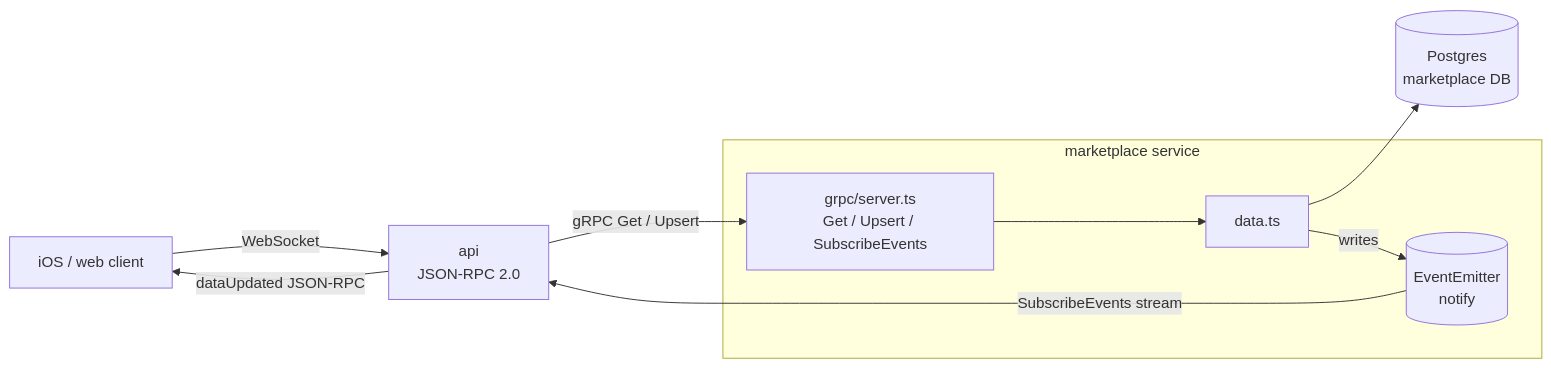
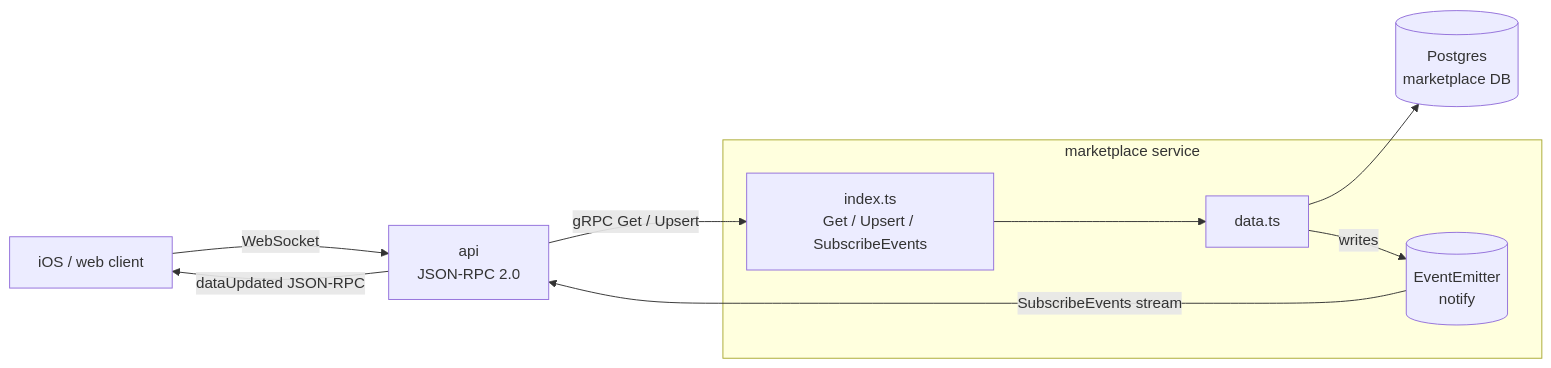
One commit to EVY-Platform/evy changed the diagram in services/marketplace/README.md. Above: the diagram before and after it, drawn with Mermaid. The commit also changed 8 other files, not shown here.

````diff
--- a/services/marketplace/README.md
+++ b/services/marketplace/README.md
@@ -7,21 +7,21 @@
 ```mermaid
 flowchart LR
     client[iOS / web client]
     api[api<br/>JSON-RPC 2.0]
 
     subgraph marketplace [marketplace service]
-        grpc[grpc/server.ts<br/>Get / Upsert / SubscribeEvents]
+        grpc[index.ts<br/>Get / Upsert / SubscribeEvents]
         data[data.ts]
         bus[(EventEmitter<br/>notify)]
     end
 
     pg[(Postgres<br/>marketplace DB)]
 
     client -- WebSocket --> api
     api -- gRPC Get / Upsert --> grpc
     grpc --> data
     data --> pg
     data -- writes --> bus
     bus -- SubscribeEvents stream --> api
     api -- dataUpdated JSON-RPC --> client
 ```
````
